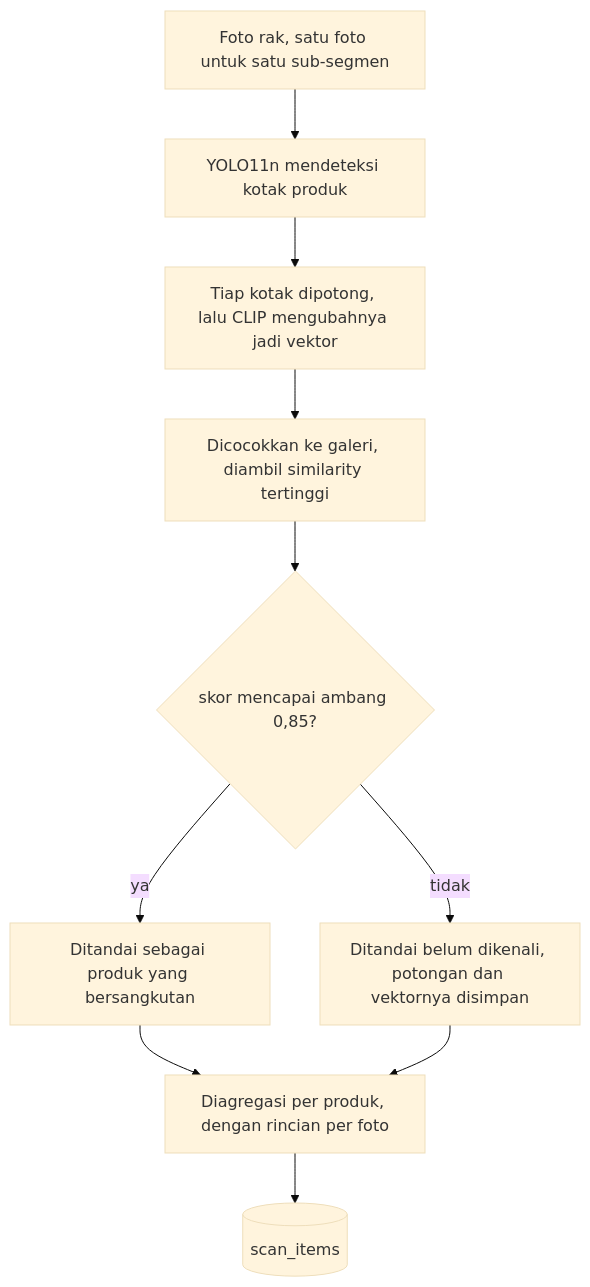
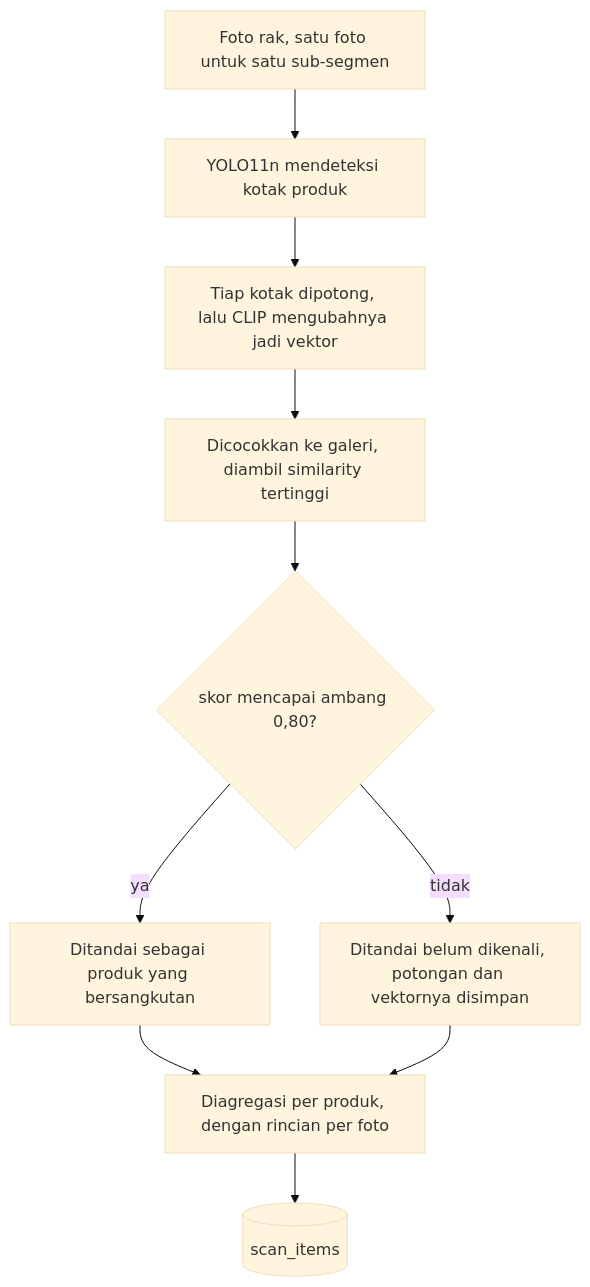
One commit to marshal-rizky/Stocklens changed the fourth of 11 diagrams in docs/proposal/DRAFT-PROPOSAL.md. Above: the diagram before and after it, drawn with Mermaid (base theme). The commit also changed other lines of this file and 3 other files, not shown here.

````diff
--- a/docs/proposal/DRAFT-PROPOSAL.md
+++ b/docs/proposal/DRAFT-PROPOSAL.md
@@ -199,16 +199,16 @@
 ```mermaid
 flowchart TB
     P1["Foto rak, satu foto untuk satu sub-segmen"]
     P2["YOLO11n mendeteksi kotak produk"]
     P3["Tiap kotak dipotong, lalu CLIP mengubahnya jadi vektor"]
     P4["Dicocokkan ke galeri, diambil similarity tertinggi"]
-    P5{"skor mencapai ambang 0,85?"}
+    P5{"skor mencapai ambang 0,80?"}
     P6["Ditandai sebagai produk yang bersangkutan"]
     P7["Ditandai belum dikenali, potongan dan vektornya disimpan"]
     P8["Diagregasi per produk, dengan rincian per foto"]
     P9[("scan_items")]
     P1 --> P2 --> P3 --> P4 --> P5
     P5 -- ya --> P6 --> P8
     P5 -- tidak --> P7 --> P8
     P8 --> P9
 ```
````
